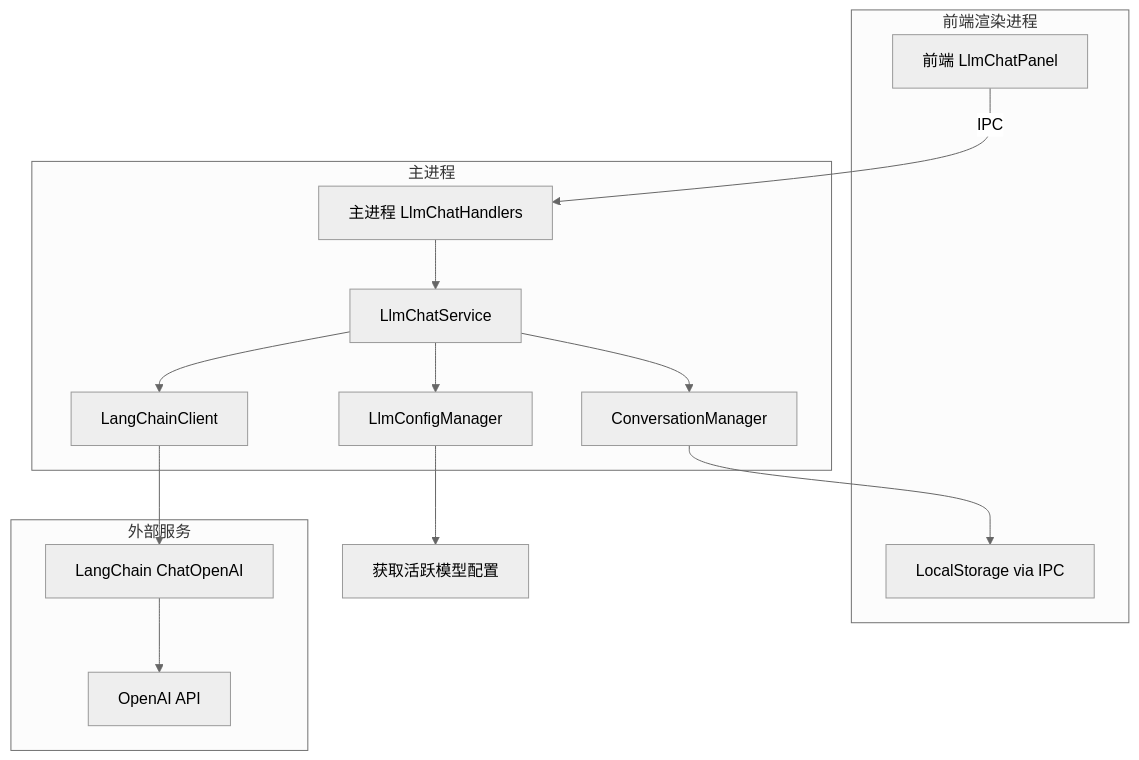
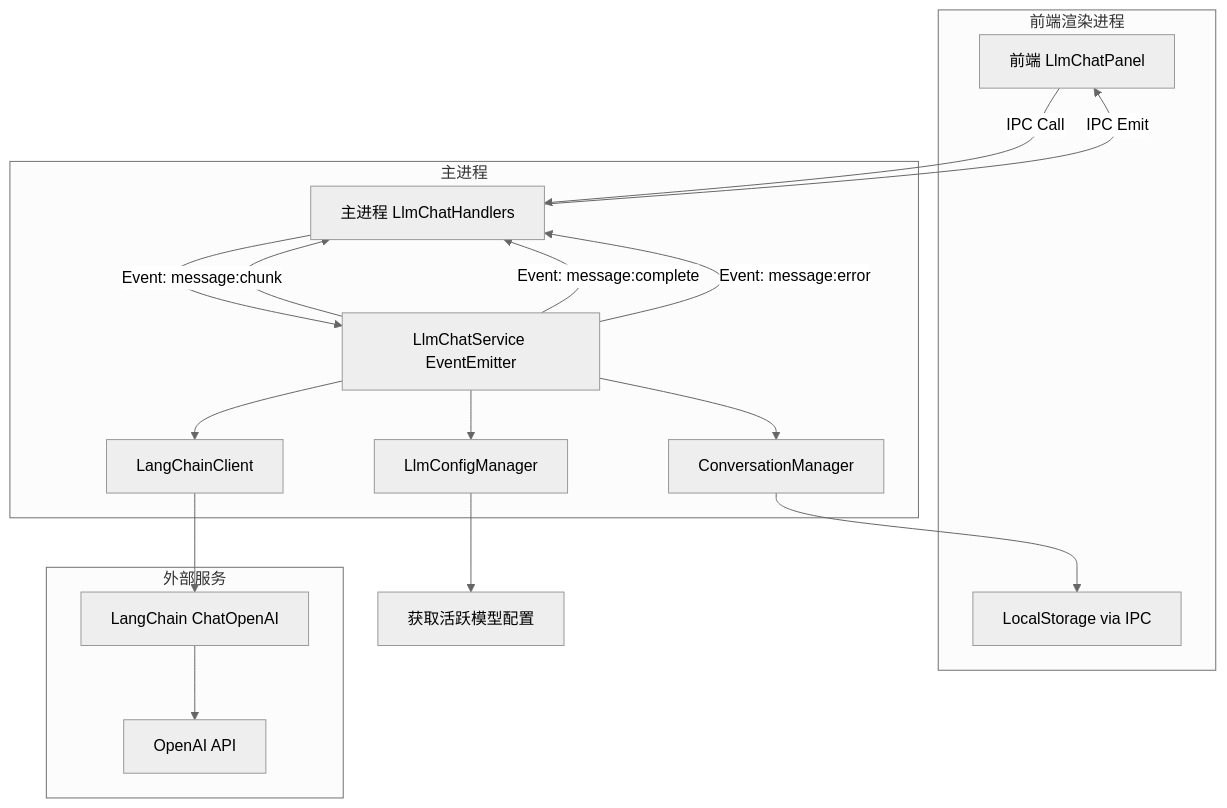
One commit to zhaowendao2005/Nimbria-NovelStudio changed the diagram in Document/Design/Llm对话系统/LlmChat服务设计.md. Above: the diagram before and after it, drawn with Mermaid (neutral theme). The commit also changed other lines of this file and 3 other files, not shown here.

````diff
--- a/Document/Design/Llm对话系统/LlmChat服务设计.md
+++ b/Document/Design/Llm对话系统/LlmChat服务设计.md
@@ -30,32 +38,37 @@
 ```mermaid
 graph TD
-    A[前端 LlmChatPanel] -->|IPC| B[主进程 LlmChatHandlers]
-    B --> C[LlmChatService]
+    A[前端 LlmChatPanel] -->|IPC Call| B[主进程 LlmChatHandlers]
+    B --> C[LlmChatService EventEmitter]
     C --> D[LangChainClient]
     D --> E[LangChain ChatOpenAI]
     E --> F[OpenAI API]
+    
+    C -->|Event: message:chunk| B
+    C -->|Event: message:complete| B
+    C -->|Event: message:error| B
+    B -->|IPC Emit| A
     
     C --> G[ConversationManager]
     G --> H[LocalStorage via IPC]
     
     C --> I[LlmConfigManager]
     I --> J[获取活跃模型配置]
     
     subgraph Frontend[前端渲染进程]
         A
         H
     end
     
     subgraph MainProcess[主进程]
         B
         C
         D
         G
         I
     end
     
     subgraph External[外部服务]
         E
         F
     end
 ```
````
